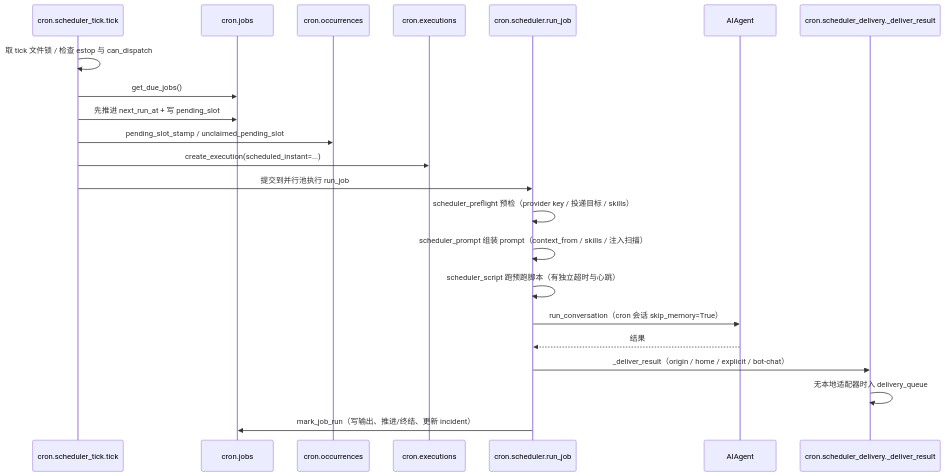
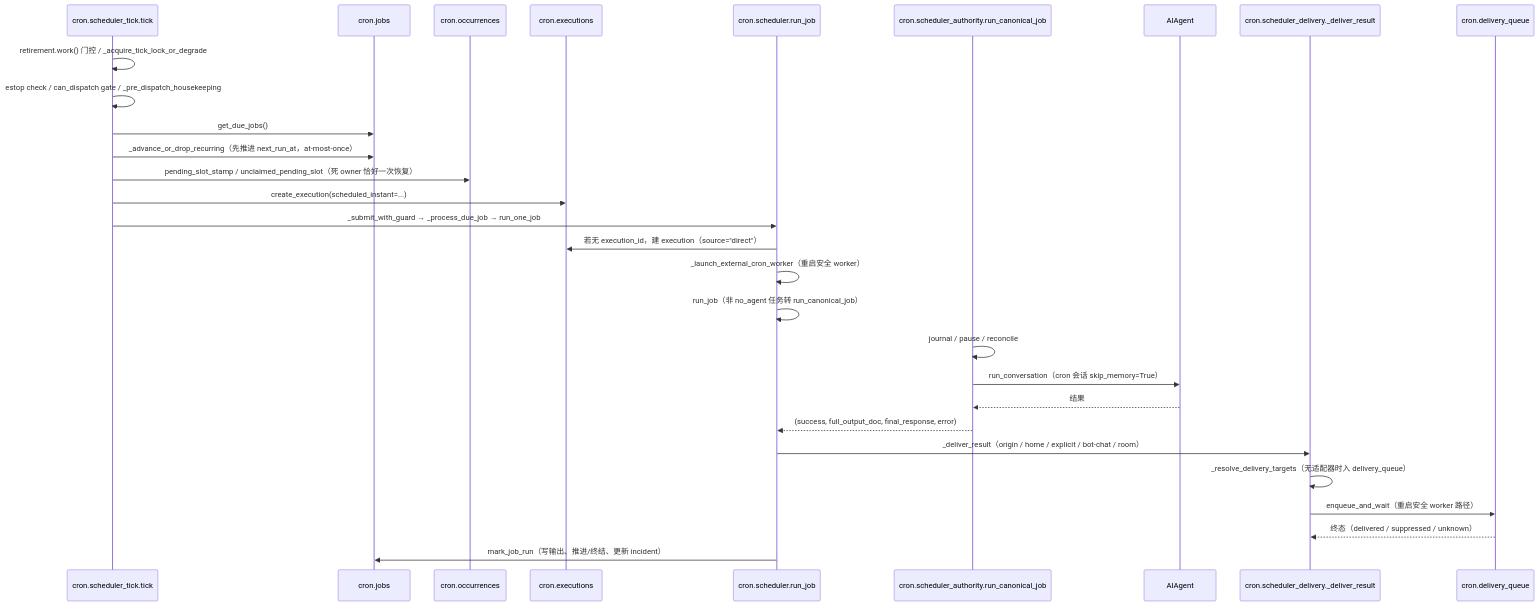
One commit to adrian9778/hermes-agent changed the third of 3 diagrams in docs/sourceReader/10-调度器与定时任务.md. Above: the diagram before and after it, drawn with Mermaid. The commit also changed other lines of this file and 5 other files, not shown here.

````diff
--- a/docs/sourceReader/10-调度器与定时任务.md
+++ b/docs/sourceReader/10-调度器与定时任务.md
@@ -251,25 +365,32 @@
 ```mermaid
 sequenceDiagram
     participant TK as cron.scheduler_tick.tick
     participant JB as cron.jobs
     participant OC as cron.occurrences
     participant EX as cron.executions
     participant RJ as cron.scheduler.run_job
+    participant AUTH as cron.scheduler_authority.run_canonical_job
     participant AG as AIAgent
     participant DL as cron.scheduler_delivery._deliver_result
+    participant DQ as cron.delivery_queue
 
-    TK->>TK: 取 tick 文件锁 / 检查 estop 与 can_dispatch
+    TK->>TK: retirement.work() 门控 / _acquire_tick_lock_or_degrade
+    TK->>TK: estop check / can_dispatch gate / _pre_dispatch_housekeeping
     TK->>JB: get_due_jobs()
-    TK->>JB: 先推进 next_run_at + 写 pending_slot
-    TK->>OC: pending_slot_stamp / unclaimed_pending_slot
+    TK->>JB: _advance_or_drop_recurring（先推进 next_run_at，at-most-once）
+    TK->>OC: pending_slot_stamp / unclaimed_pending_slot（死 owner 恰好一次恢复）
     TK->>EX: create_execution(scheduled_instant=...)
-    TK->>RJ: 提交到并行池执行 run_job
-    RJ->>RJ: scheduler_preflight 预检（provider key / 投递目标 / skills）
-    RJ->>RJ: scheduler_prompt 组装 prompt（context_from / skills / 注入扫描）
-    RJ->>RJ: scheduler_script 跑预跑脚本（有独立超时与心跳）
-    RJ->>AG: run_conversation（cron 会话 skip_memory=True）
-    AG-->>RJ: 结果
-    RJ->>DL: _deliver_result（origin / home / explicit / bot-chat）
-    DL->>DL: 无本地适配器时入 delivery_queue
+    TK->>RJ: _submit_with_guard → _process_due_job → run_one_job
+    RJ->>EX: 若无 execution_id，建 execution（source="direct"）
+    RJ->>RJ: _launch_external_cron_worker（重启安全 worker）
+    RJ->>RJ: run_job（非 no_agent 任务转 run_canonical_job）
+    AUTH->>AUTH: journal / pause / reconcile
+    AUTH->>AG: run_conversation（cron 会话 skip_memory=True）
+    AG-->>AUTH: 结果
+    AUTH-->>RJ: (success, full_output_doc, final_response, error)
+    RJ->>DL: _deliver_result（origin / home / explicit / bot-chat / room）
+    DL->>DL: _resolve_delivery_targets（无适配器时入 delivery_queue）
+    DL->>DQ: enqueue_and_wait（重启安全 worker 路径）
+    DQ-->>DL: 终态（delivered / suppressed / unknown）
     RJ->>JB: mark_job_run（写输出、推进/终结、更新 incident）
 ```
````
